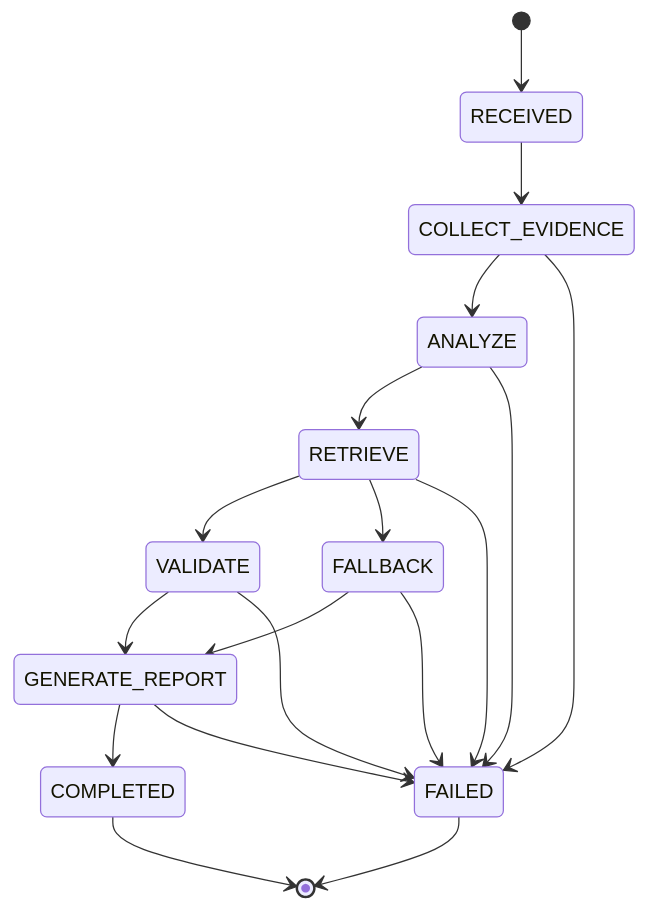
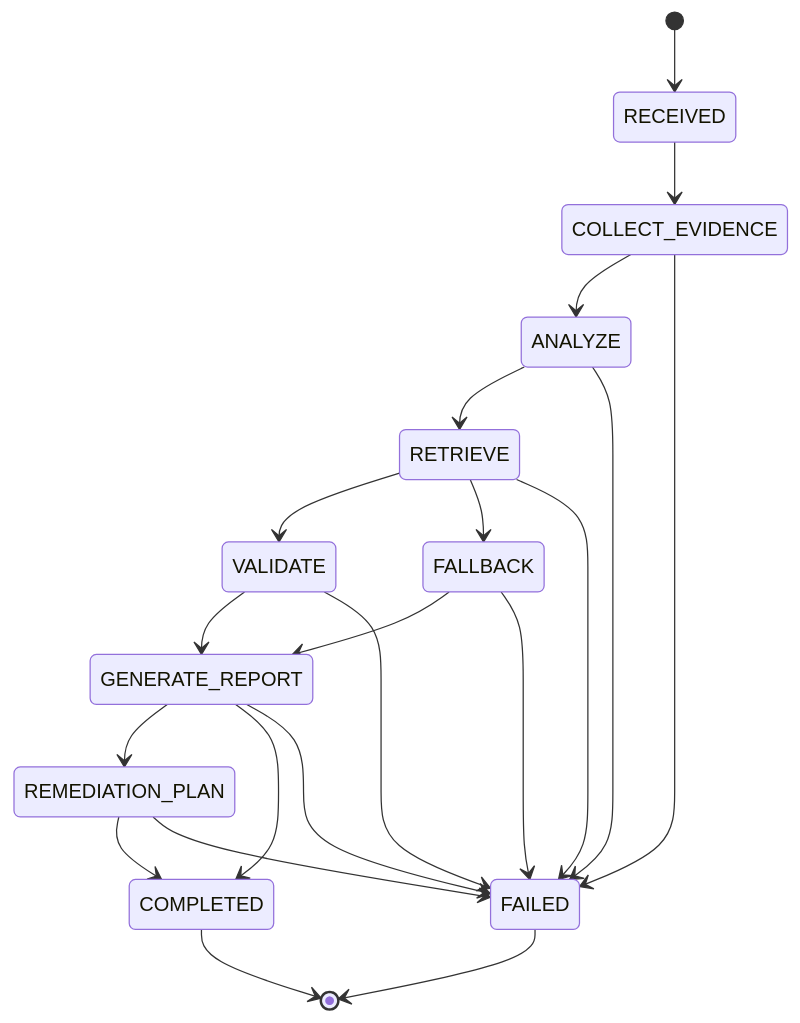
One commit to Godzzc/ai-faultlab changed the diagram in docs/diagnosis-agent-state-machine.md. Above: the diagram before and after it, drawn with Mermaid. The commit also changed other lines of this file and 15 other files, not shown here.

````diff
--- a/docs/diagnosis-agent-state-machine.md
+++ b/docs/diagnosis-agent-state-machine.md
@@ -25,22 +25,25 @@
 ```mermaid
 stateDiagram-v2
     [*] --> RECEIVED
     RECEIVED --> COLLECT_EVIDENCE
     COLLECT_EVIDENCE --> ANALYZE
     ANALYZE --> RETRIEVE
     RETRIEVE --> VALIDATE
     RETRIEVE --> FALLBACK
     FALLBACK --> GENERATE_REPORT
     VALIDATE --> GENERATE_REPORT
+    GENERATE_REPORT --> REMEDIATION_PLAN
     GENERATE_REPORT --> COMPLETED
+    REMEDIATION_PLAN --> COMPLETED
 
     COLLECT_EVIDENCE --> FAILED
     ANALYZE --> FAILED
     RETRIEVE --> FAILED
     FALLBACK --> FAILED
     VALIDATE --> FAILED
     GENERATE_REPORT --> FAILED
+    REMEDIATION_PLAN --> FAILED
 
     COMPLETED --> [*]
     FAILED --> [*]
 ```
````
